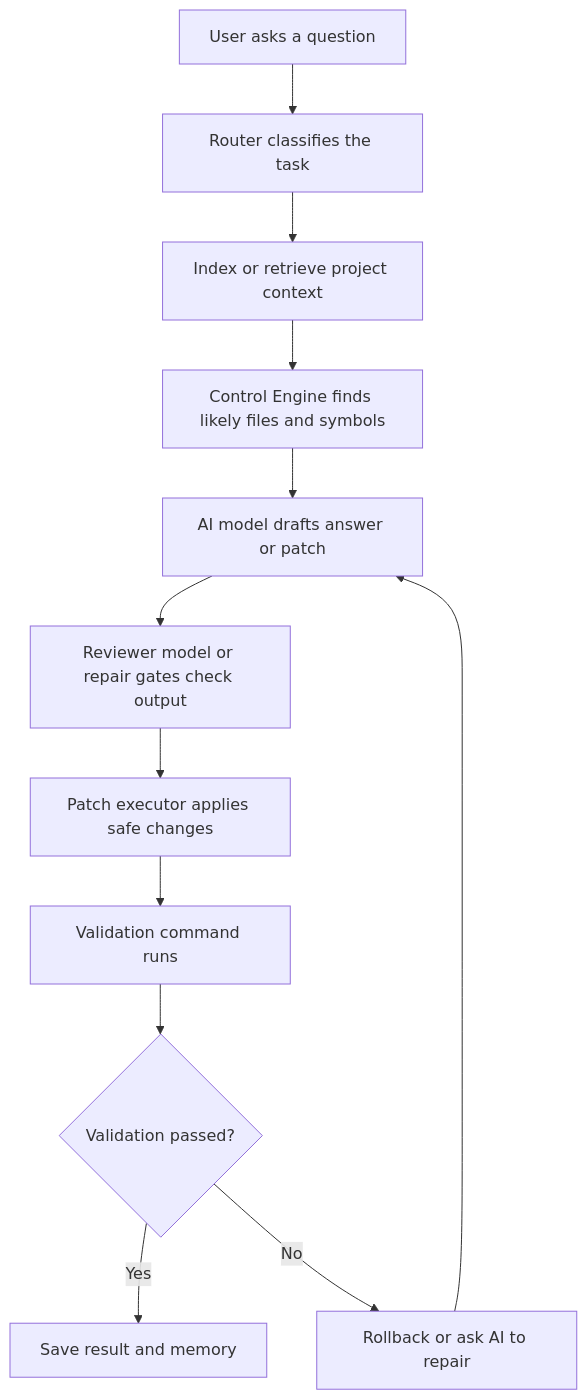
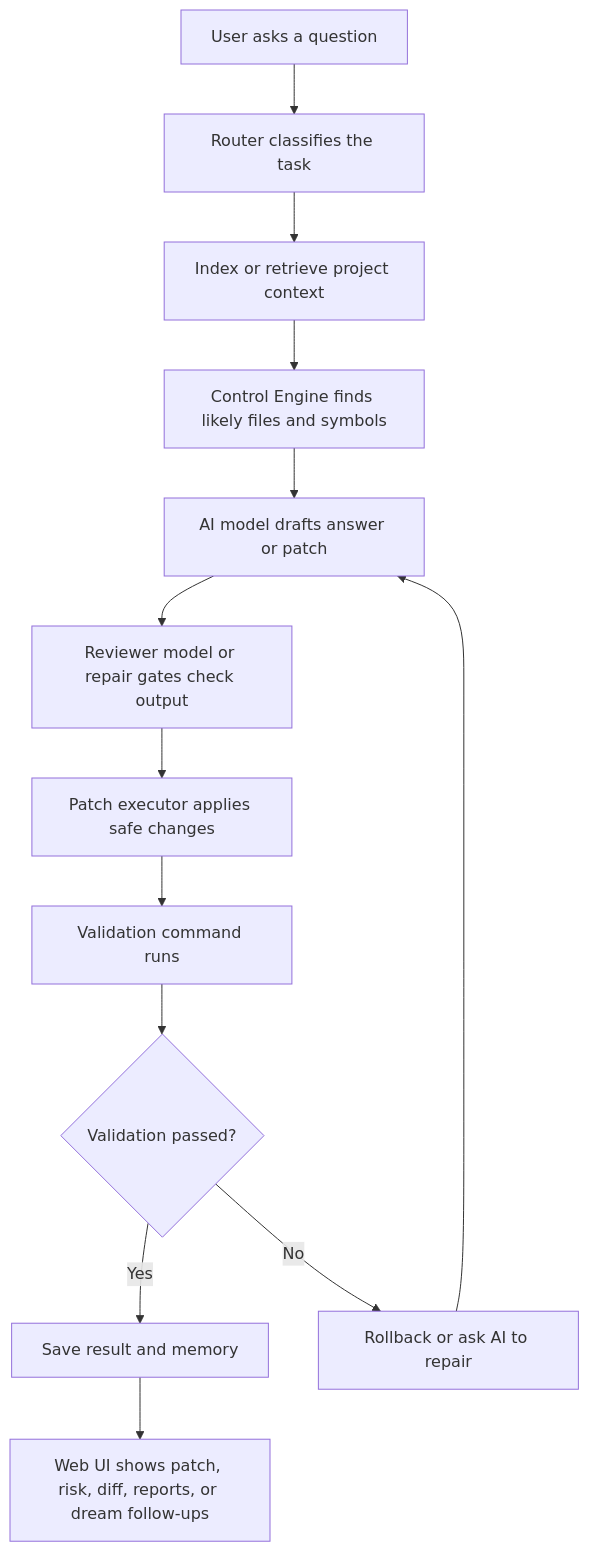
The diagram in README.md (huuduyle07-ops/idk-what-is-this--), drawn with Mermaid before and after one commit. The commit also changed other lines of this file and 3 other files, not shown here.

````diff
--- a/README.md
+++ b/README.md
@@ -261,14 +321,15 @@
 ```mermaid
 flowchart TD
     A[User asks a question] --> B[Router classifies the task]
     B --> C[Index or retrieve project context]
     C --> D[Control Engine finds likely files and symbols]
     D --> E[AI model drafts answer or patch]
     E --> F[Reviewer model or repair gates check output]
     F --> G[Patch executor applies safe changes]
     G --> H[Validation command runs]
     H --> I{Validation passed?}
     I -->|Yes| J[Save result and memory]
     I -->|No| K[Rollback or ask AI to repair]
     K --> E
+    J --> L[Web UI shows patch, risk, diff, reports, or dream follow-ups]
 ```
````
